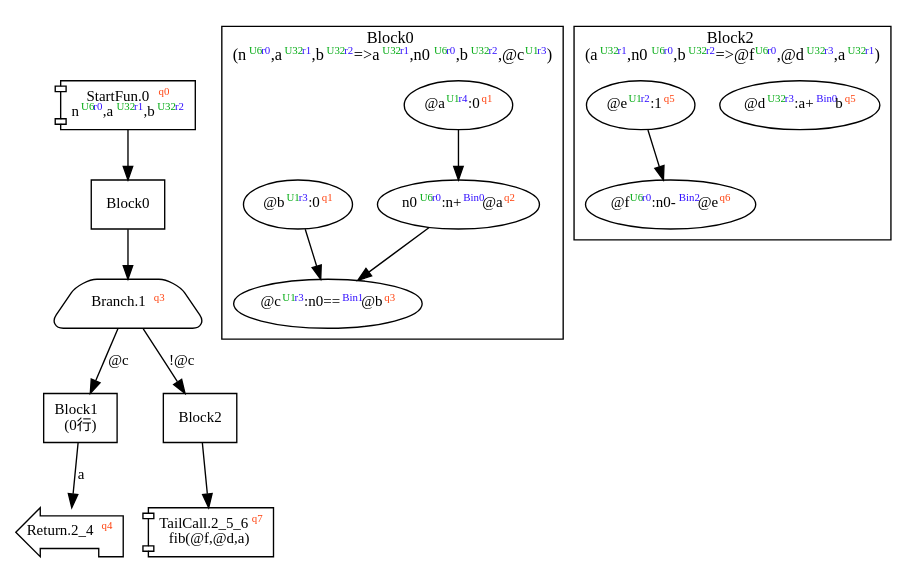
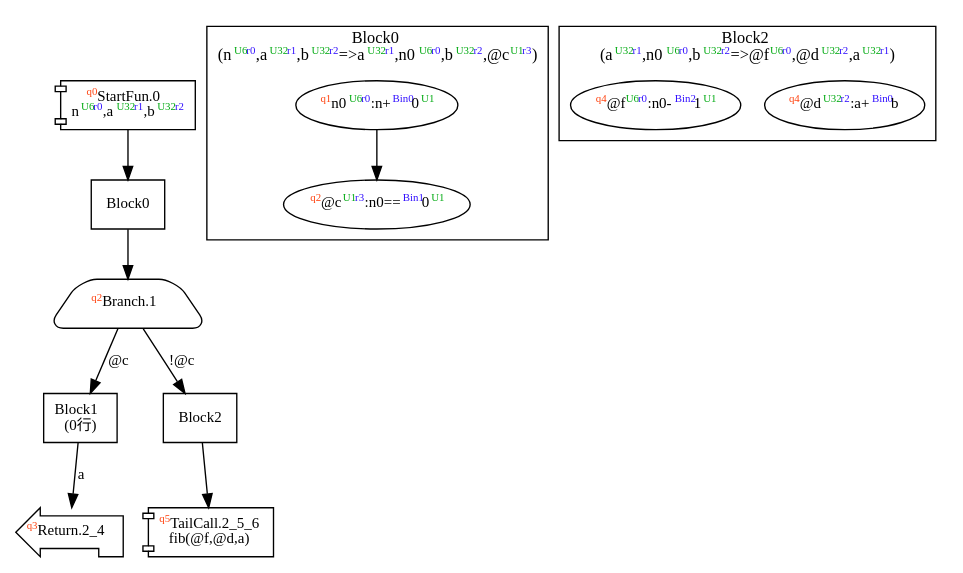
Before and after one commit to akouryy/SyntheScala: the diagram in dist/fib.dot, drawn with Graphviz. The commit also changed 34 other files, not shown here.

```diff
--- a/dist/fib.dot
+++ b/dist/fib.dot
@@ -1,40 +1,34 @@
 digraph Program_ {
   graph [fontname = "Monaco", fontsize = 12, ranksep = 0.5];
   node [shape = box, fontname = "Monaco", fontsize = 11; colorscheme = pastel19];
   edge [fontname = "Monaco", fontsize = 11; colorscheme = pastel19];
-  Jump0[label = <StartFun.0<font color="#ff4411" point-size="8"><sup>q0</sup></font><br/>n<font color="#00aa11" point-size="8"><sup>U6</sup></font><font color="#3311ff" point-size="8"><sup>r0</sup></font>,a<font color="#00aa11" point-size="8"><sup>U32</sup></font><font color="#3311ff" point-size="8"><sup>r1</sup></font>,b<font color="#00aa11" point-size="8"><sup>U32</sup></font><font color="#3311ff" point-size="8"><sup>r2</sup></font>>; shape = component];
+  Jump0[label = <<font color="#ff4411" point-size="8"><sup>q0</sup></font>StartFun.0<br/>n<font color="#00aa11" point-size="8"><sup>U6</sup></font><font color="#3311ff" point-size="8"><sup>r0</sup></font>,a<font color="#00aa11" point-size="8"><sup>U32</sup></font><font color="#3311ff" point-size="8"><sup>r1</sup></font>,b<font color="#00aa11" point-size="8"><sup>U32</sup></font><font color="#3311ff" point-size="8"><sup>r2</sup></font>>; shape = component];
   Jump0 -> Block0;
   Jump1[
-    label = <Branch.1<font color="#ff4411" point-size="8"><sup>q3</sup></font>>;
+    label = <<font color="#ff4411" point-size="8"><sup>q2</sup></font>Branch.1>;
     shape = trapezium; style = rounded;
   ];
   Block0 -> Jump1;
   Jump1 -> Block1 [label="@c"];
   Jump1 -> Block2 [label="!@c"];
-  Jump2_4[label = <Return.2_4<font color="#ff4411" point-size="8"><sup>q4</sup></font>>; shape = lpromoter];
+  Jump2_4[label = <<font color="#ff4411" point-size="8"><sup>q3</sup></font>Return.2_4>; shape = lpromoter];
   Block1 -> Jump2_4 [label="a"];
-  Jump2_5_6[label = <TailCall.2_5_6<font color="#ff4411" point-size="8"><sup>q7</sup></font><br/>fib(@f,@d,a)>; shape = component];
+  Jump2_5_6[label = <<font color="#ff4411" point-size="8"><sup>q5</sup></font>TailCall.2_5_6<br/>fib(@f,@d,a)>; shape = component];
   Block2 -> Jump2_5_6;
   Block0 [label = "Block0"];
   Block1 [label = "Block1\l(0行)"];
   Block2 [label = "Block2"];
   subgraph cluster_dfg_Block0 {
     node [shape = oval];
     label = <Block0<br/>(n<font color="#00aa11" point-size="8"><sup>U6</sup></font><font color="#3311ff" point-size="8"><sup>r0</sup></font>,a<font color="#00aa11" point-size="8"><sup>U32</sup></font><font color="#3311ff" point-size="8"><sup>r1</sup></font>,b<font color="#00aa11" point-size="8"><sup>U32</sup></font><font color="#3311ff" point-size="8"><sup>r2</sup></font>=&gt;a<font color="#00aa11" point-size="8"><sup>U32</sup></font><font color="#3311ff" point-size="8"><sup>r1</sup></font>,n0<font color="#00aa11" point-size="8"><sup>U6</sup></font><font color="#3311ff" point-size="8"><sup>r0</sup></font>,b<font color="#00aa11" point-size="8"><sup>U32</sup></font><font color="#3311ff" point-size="8"><sup>r2</sup></font>,@c<font color="#00aa11" point-size="8"><sup>U1</sup></font><font color="#3311ff" point-size="8"><sup>r3</sup></font>)>;
-    0 [label=<@a<font color="#00aa11" point-size="8"><sup>U1</sup></font><font color="#3311ff" point-size="8"><sup>r4</sup></font>:0<font color="#ff4411" point-size="8"><sup>q1</sup></font>>];
-    1 [label=<n0<font color="#00aa11" point-size="8"><sup>U6</sup></font><font color="#3311ff" point-size="8"><sup>r0</sup></font>:n+<font color="#3311ff" point-size="8"><sup>Bin0</sup></font>@a<font color="#ff4411" point-size="8"><sup>q2</sup></font>>];
-    2 [label=<@b<font color="#00aa11" point-size="8"><sup>U1</sup></font><font color="#3311ff" point-size="8"><sup>r3</sup></font>:0<font color="#ff4411" point-size="8"><sup>q1</sup></font>>];
-    3 [label=<@c<font color="#00aa11" point-size="8"><sup>U1</sup></font><font color="#3311ff" point-size="8"><sup>r3</sup></font>:n0==<font color="#3311ff" point-size="8"><sup>Bin1</sup></font>@b<font color="#ff4411" point-size="8"><sup>q3</sup></font>>];
-    0 -> 1;
+    1 [label=<<font color="#ff4411" point-size="8"><sup>q1</sup></font>n0<font color="#00aa11" point-size="8"><sup>U6</sup></font><font color="#3311ff" point-size="8"><sup>r0</sup></font>:n+<font color="#3311ff" point-size="8"><sup>Bin0</sup></font>0<font color="#00aa11" point-size="8"><sup>U1</sup></font>>];
+    3 [label=<<font color="#ff4411" point-size="8"><sup>q2</sup></font>@c<font color="#00aa11" point-size="8"><sup>U1</sup></font><font color="#3311ff" point-size="8"><sup>r3</sup></font>:n0==<font color="#3311ff" point-size="8"><sup>Bin1</sup></font>0<font color="#00aa11" point-size="8"><sup>U1</sup></font>>];
     1 -> 3;
-    2 -> 3;
   }
   subgraph cluster_dfg_Block2 {
     node [shape = oval];
-    label = <Block2<br/>(a<font color="#00aa11" point-size="8"><sup>U32</sup></font><font color="#3311ff" point-size="8"><sup>r1</sup></font>,n0<font color="#00aa11" point-size="8"><sup>U6</sup></font><font color="#3311ff" point-size="8"><sup>r0</sup></font>,b<font color="#00aa11" point-size="8"><sup>U32</sup></font><font color="#3311ff" point-size="8"><sup>r2</sup></font>=&gt;@f<font color="#00aa11" point-size="8"><sup>U6</sup></font><font color="#3311ff" point-size="8"><sup>r0</sup></font>,@d<font color="#00aa11" point-size="8"><sup>U32</sup></font><font color="#3311ff" point-size="8"><sup>r3</sup></font>,a<font color="#00aa11" point-size="8"><sup>U32</sup></font><font color="#3311ff" point-size="8"><sup>r1</sup></font>)>;
-    4 [label=<@d<font color="#00aa11" point-size="8"><sup>U32</sup></font><font color="#3311ff" point-size="8"><sup>r3</sup></font>:a+<font color="#3311ff" point-size="8"><sup>Bin0</sup></font>b<font color="#ff4411" point-size="8"><sup>q5</sup></font>>];
-    5 [label=<@e<font color="#00aa11" point-size="8"><sup>U1</sup></font><font color="#3311ff" point-size="8"><sup>r2</sup></font>:1<font color="#ff4411" point-size="8"><sup>q5</sup></font>>];
-    6 [label=<@f<font color="#00aa11" point-size="8"><sup>U6</sup></font><font color="#3311ff" point-size="8"><sup>r0</sup></font>:n0-<font color="#3311ff" point-size="8"><sup>Bin2</sup></font>@e<font color="#ff4411" point-size="8"><sup>q6</sup></font>>];
-    5 -> 6;
+    label = <Block2<br/>(a<font color="#00aa11" point-size="8"><sup>U32</sup></font><font color="#3311ff" point-size="8"><sup>r1</sup></font>,n0<font color="#00aa11" point-size="8"><sup>U6</sup></font><font color="#3311ff" point-size="8"><sup>r0</sup></font>,b<font color="#00aa11" point-size="8"><sup>U32</sup></font><font color="#3311ff" point-size="8"><sup>r2</sup></font>=&gt;@f<font color="#00aa11" point-size="8"><sup>U6</sup></font><font color="#3311ff" point-size="8"><sup>r0</sup></font>,@d<font color="#00aa11" point-size="8"><sup>U32</sup></font><font color="#3311ff" point-size="8"><sup>r2</sup></font>,a<font color="#00aa11" point-size="8"><sup>U32</sup></font><font color="#3311ff" point-size="8"><sup>r1</sup></font>)>;
+    4 [label=<<font color="#ff4411" point-size="8"><sup>q4</sup></font>@d<font color="#00aa11" point-size="8"><sup>U32</sup></font><font color="#3311ff" point-size="8"><sup>r2</sup></font>:a+<font color="#3311ff" point-size="8"><sup>Bin0</sup></font>b>];
+    6 [label=<<font color="#ff4411" point-size="8"><sup>q4</sup></font>@f<font color="#00aa11" point-size="8"><sup>U6</sup></font><font color="#3311ff" point-size="8"><sup>r0</sup></font>:n0-<font color="#3311ff" point-size="8"><sup>Bin2</sup></font>1<font color="#00aa11" point-size="8"><sup>U1</sup></font>>];
   }
 }
```
